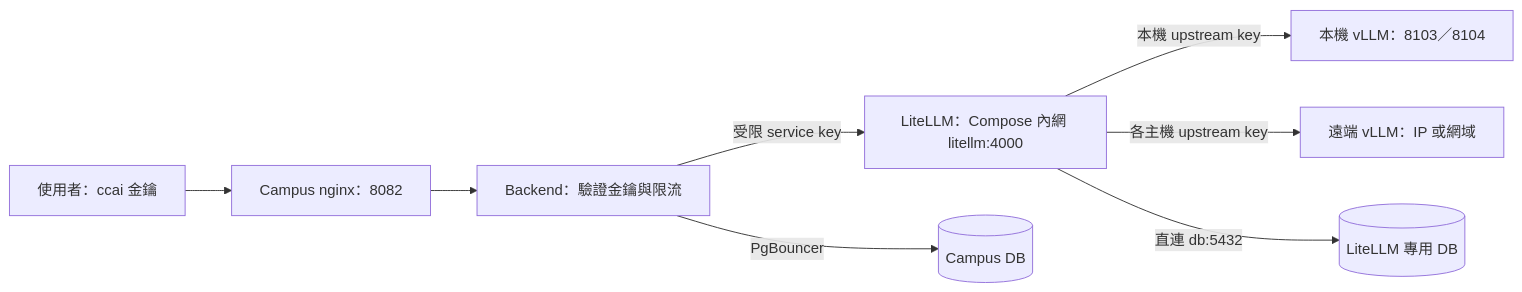
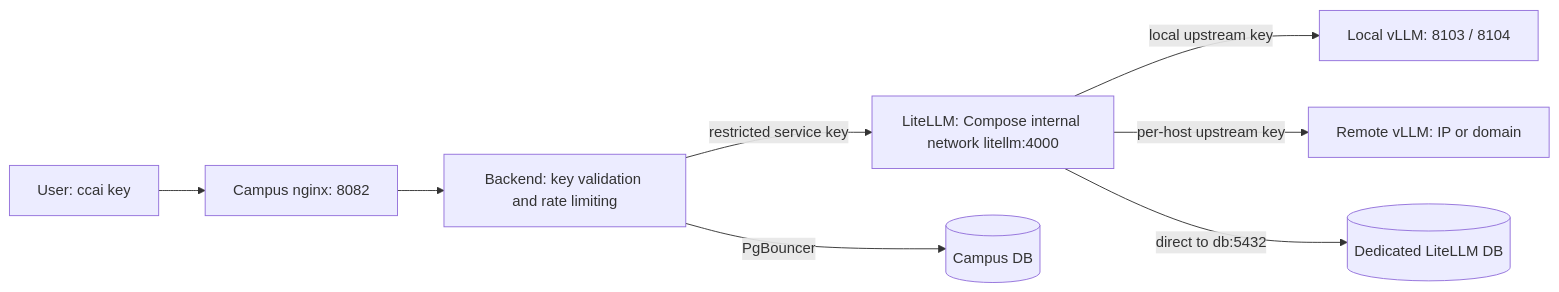
One commit to 11156023/SkyLab changed the diagram in docs/ai-api-user-manual.md. Above: the diagram before and after it, drawn with Mermaid. The commit also changed other lines of this file and 69 other files, not shown here.

````diff
--- a/docs/ai-api-user-manual.md
+++ b/docs/ai-api-user-manual.md
@@ -9,10 +12,10 @@
 ```mermaid
 flowchart LR
-    U[使用者：ccai 金鑰] --> N[Campus nginx：8082]
-    N --> B[Backend：驗證金鑰與限流]
-    B -->|受限 service key| L[LiteLLM：Compose 內網 litellm:4000]
-    L -->|本機 upstream key| V[本機 vLLM：8103／8104]
-    L -->|各主機 upstream key| R[遠端 vLLM：IP 或網域]
+    U[User: ccai key] --> N[Campus nginx: 8082]
+    N --> B[Backend: key validation and rate limiting]
+    B -->|restricted service key| L[LiteLLM: Compose internal network litellm:4000]
+    L -->|local upstream key| V[Local vLLM: 8103 / 8104]
+    L -->|per-host upstream key| R[Remote vLLM: IP or domain]
     B -->|PgBouncer| C[(Campus DB)]
-    L -->|直連 db:5432| D[(LiteLLM 專用 DB)]
+    L -->|direct to db:5432| D[(Dedicated LiteLLM DB)]
 ```
````
